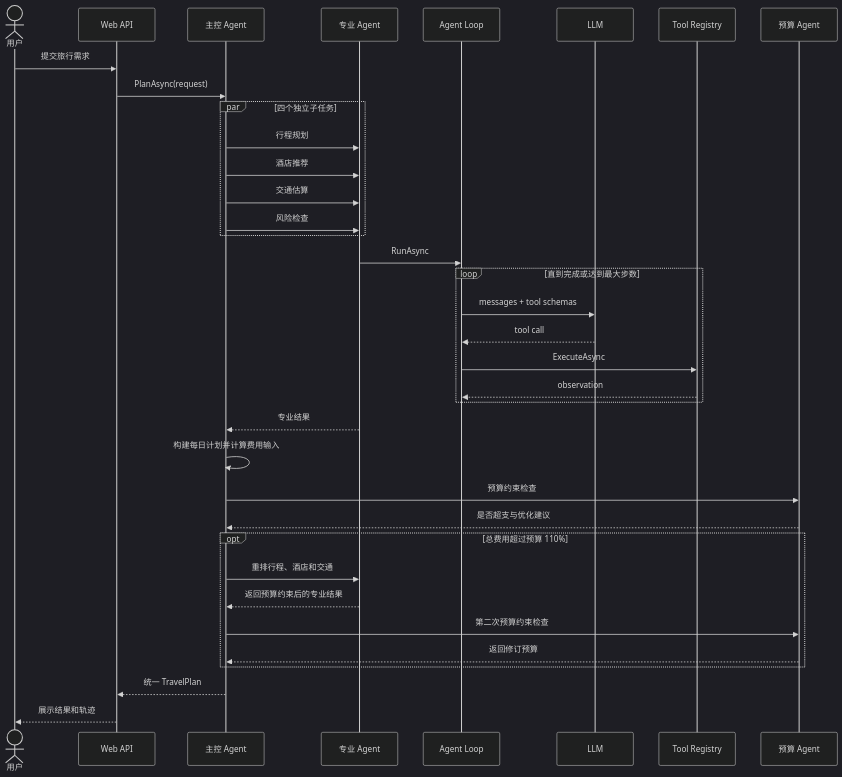
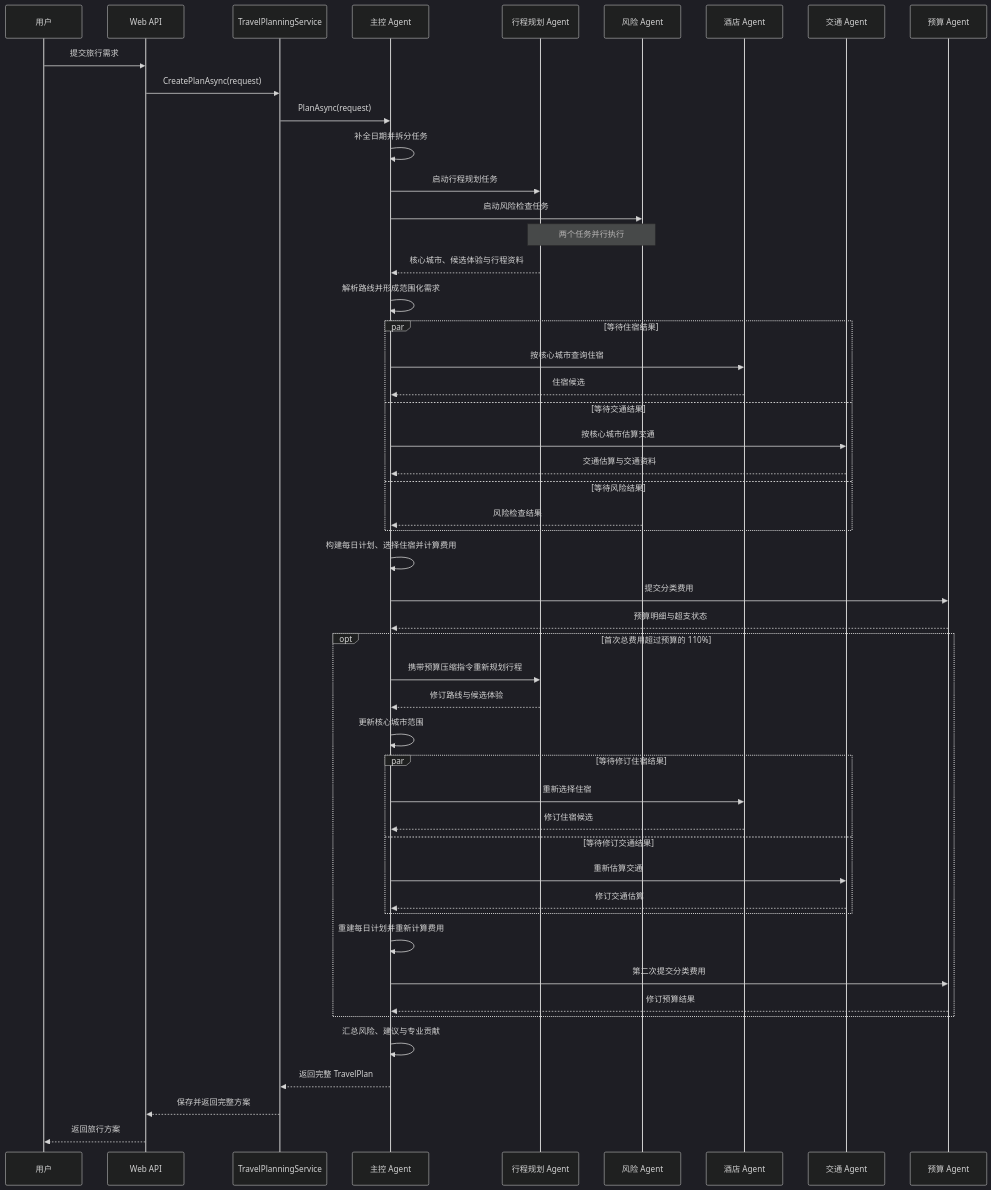
The third of 11 diagrams in docs/架构设计.md (traveler703/DotNetAgentDev), drawn with Mermaid (dark theme) before and after one commit. The commit also changed other lines of this file and 37 other files, not shown here.

````diff
--- a/docs/架构设计.md
+++ b/docs/架构设计.md
@@ -83,39 +262,58 @@
 ```mermaid
 sequenceDiagram
-    actor User as 用户
+    participant User as 用户
     participant API as Web API
+    participant S as TravelPlanningService
     participant C as 主控 Agent
-    participant S as 专业 Agent
-    participant L as Agent Loop
-    participant M as LLM
-    participant T as Tool Registry
+    participant I as 行程规划 Agent
+    participant R as 风险 Agent
+    participant H as 酒店 Agent
+    participant T as 交通 Agent
     participant B as 预算 Agent
 
     User->>API: 提交旅行需求
-    API->>C: PlanAsync(request)
-    par 四个独立子任务
-        C->>S: 行程规划
-        C->>S: 酒店推荐
-        C->>S: 交通估算
-        C->>S: 风险检查
+    API->>S: CreatePlanAsync(request)
+    S->>C: PlanAsync(request)
+    C->>C: 补全日期并拆分任务
+
+    C->>I: 启动行程规划任务
+    C->>R: 启动风险检查任务
+    Note over I,R: 两个任务并行执行
+    I-->>C: 核心城市、候选体验与行程资料
+    C->>C: 解析路线并形成范围化需求
+
+    par 等待住宿结果
+        C->>H: 按核心城市查询住宿
+        H-->>C: 住宿候选
+    and 等待交通结果
+        C->>T: 按核心城市估算交通
+        T-->>C: 交通估算与交通资料
+    and 等待风险结果
+        R-->>C: 风险检查结果
     end
-    S->>L: RunAsync
-    loop 直到完成或达到最大步数
-        L->>M: messages + tool schemas
-        M-->>L: tool call
-        L->>T: ExecuteAsync
-        T-->>L: observation
+
+    C->>C: 构建每日计划、选择住宿并计算费用
+    C->>B: 提交分类费用
+    B-->>C: 预算明细与超支状态
+
+    opt 首次总费用超过预算的 110%
+        C->>I: 携带预算压缩指令重新规划行程
+        I-->>C: 修订路线与候选体验
+        C->>C: 更新核心城市范围
+        par 等待修订住宿结果
+            C->>H: 重新选择住宿
+            H-->>C: 修订住宿候选
+        and 等待修订交通结果
+            C->>T: 重新估算交通
+            T-->>C: 修订交通估算
+        end
+        C->>C: 重建每日计划并重新计算费用
+        C->>B: 第二次提交分类费用
+        B-->>C: 修订预算结果
     end
-    S-->>C: 专业结果
-    C->>C: 构建每日计划并计算费用输入
-    C->>B: 预算约束检查
-    B-->>C: 是否超支与优化建议
-    opt 总费用超过预算 110%
-        C->>S: 重排行程、酒店和交通
-        S-->>C: 返回预算约束后的专业结果
-        C->>B: 第二次预算约束检查
-        B-->>C: 返回修订预算
-    end
-    C-->>API: 统一 TravelPlan
-    API-->>User: 展示结果和轨迹
+
+    C->>C: 汇总风险、建议与专业贡献
+    C-->>S: 返回完整 TravelPlan
+    S-->>API: 保存并返回完整方案
+    API-->>User: 返回旅行方案
 ```
````
